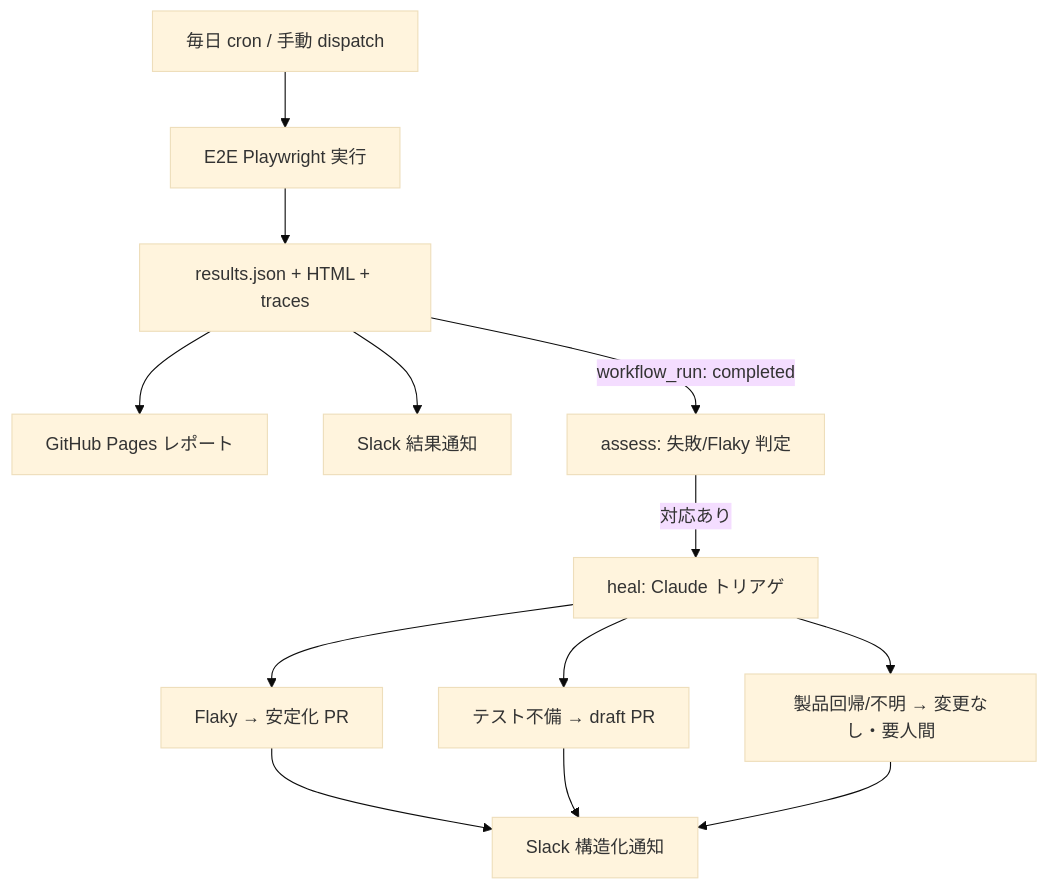
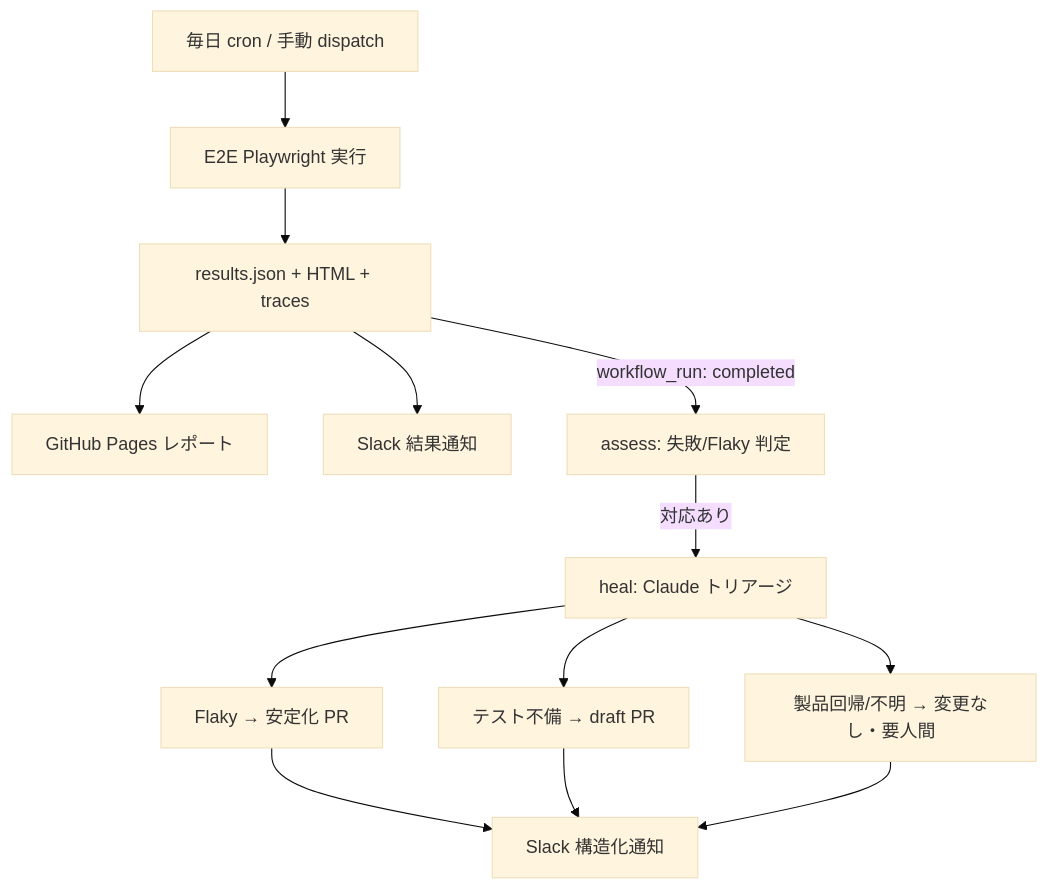
The diagram in README.md (nigawa2525/homework), drawn with Mermaid (base theme) before and after one commit. The commit also changed 2 other files, not shown here.

Commit message:
Fix terminology: トリアゲ → トリアージ in notifications and docs
Correct the Japanese term for "triage" in the Slack notification template
(auto-heal-prompt.md) and supporting docs/README.

````diff
--- a/README.md
+++ b/README.md
@@ -97,15 +97,15 @@
 ```mermaid
 flowchart TB
     CRON["毎日 cron / 手動 dispatch"] --> RUN["E2E Playwright 実行"]
     RUN --> OUT["results.json + HTML + traces"]
     OUT --> PAGES["GitHub Pages レポート"]
     OUT --> SLK1["Slack 結果通知"]
     OUT -->|"workflow_run: completed"| ASSESS["assess: 失敗/Flaky 判定"]
-    ASSESS -->|"対応あり"| HEAL["heal: Claude トリアゲ"]
+    ASSESS -->|"対応あり"| HEAL["heal: Claude トリアージ"]
     HEAL --> FLAKY["Flaky → 安定化 PR"]
     HEAL --> DEFECT["テスト不備 → draft PR"]
     HEAL --> REG["製品回帰/不明 → 変更なし・要人間"]
     FLAKY --> SLK2["Slack 構造化通知"]
     DEFECT --> SLK2
     REG --> SLK2
 ```
````
